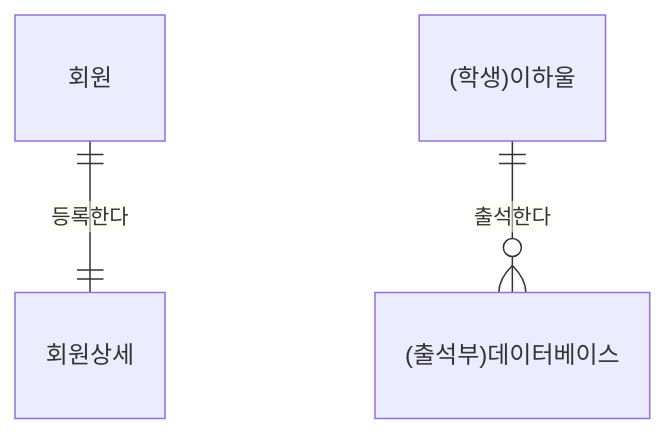
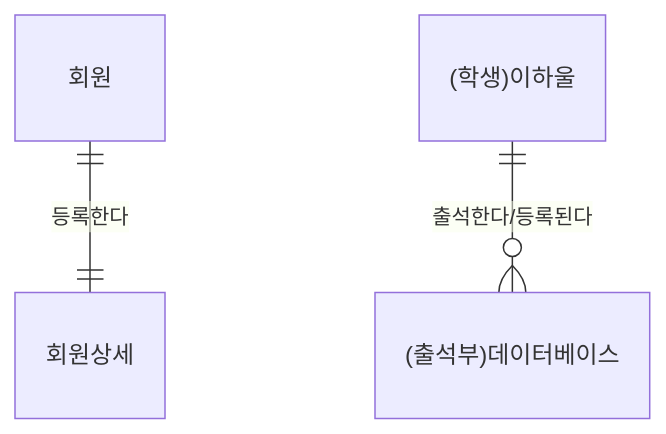
The first of 7 diagrams in _posts/9999_mermaid.md (ssomal62/ssomal62.github.io), drawn with Mermaid before and after one commit. The commit also changed 81 other files, not shown here.

````diff
--- a/_posts/9999_mermaid.md
+++ b/_posts/9999_mermaid.md
@@ -11,9 +11,9 @@
 ```mermaid
 erDiagram
   
   "회원" ||--|| "회원상세" : "등록한다"
   
-  "(학생)이하울" ||--o{ "(출석부)데이터베이스" : "출석한다"
+  "(학생)이하울" ||--o{ "(출석부)데이터베이스" : "출석한다/등록된다"
   
   
 ```
````
